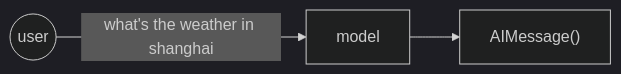
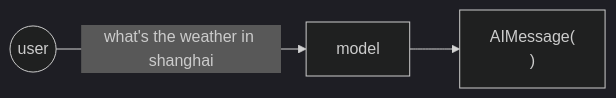
Before and after one commit to ka1fe1/iodraw-files: the diagram in all/未命名-28.md, drawn with Mermaid (dark theme).

Commit message:
2024-10-22 17:44:23 update

````diff
--- a/all/未命名-28.md
+++ b/all/未命名-28.md
@@ -1,8 +1,9 @@
 ```mermaid
 flowchart LR
     s1((user))
     s2["model"]
-    s3["AIMessage()"]
+    s3["AIMessage(
+    )"]
 
     s1 -->|what's the weather in shanghai| s2 --> s3
 ```
````
